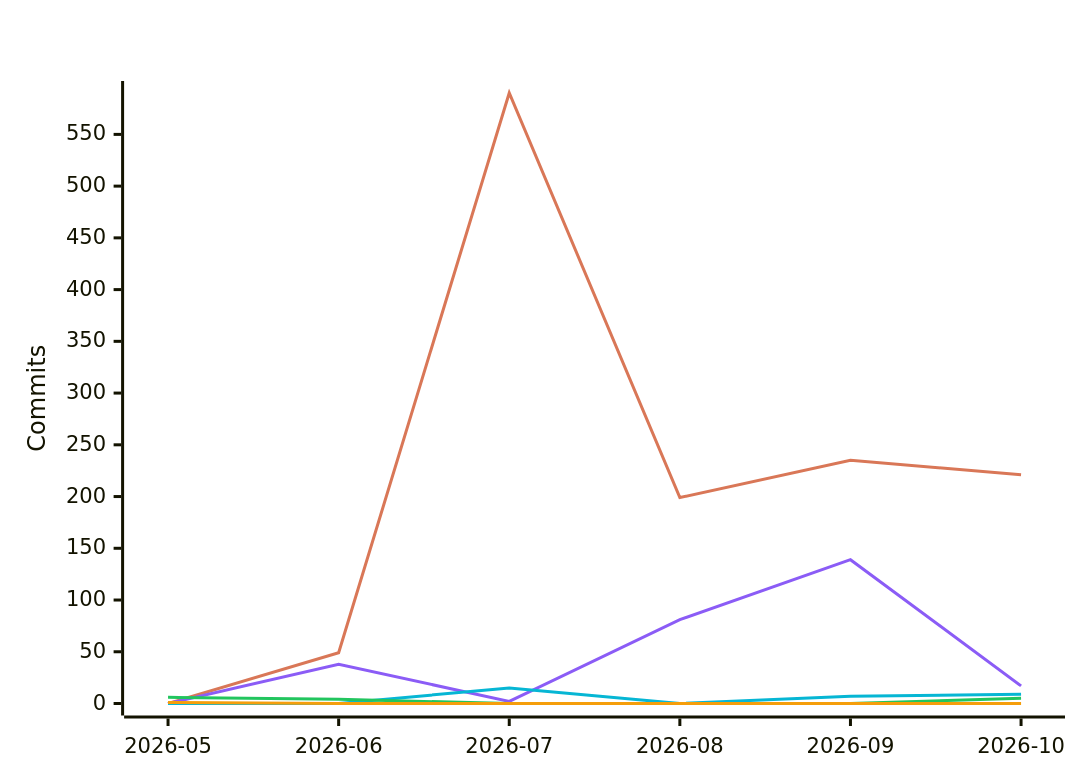
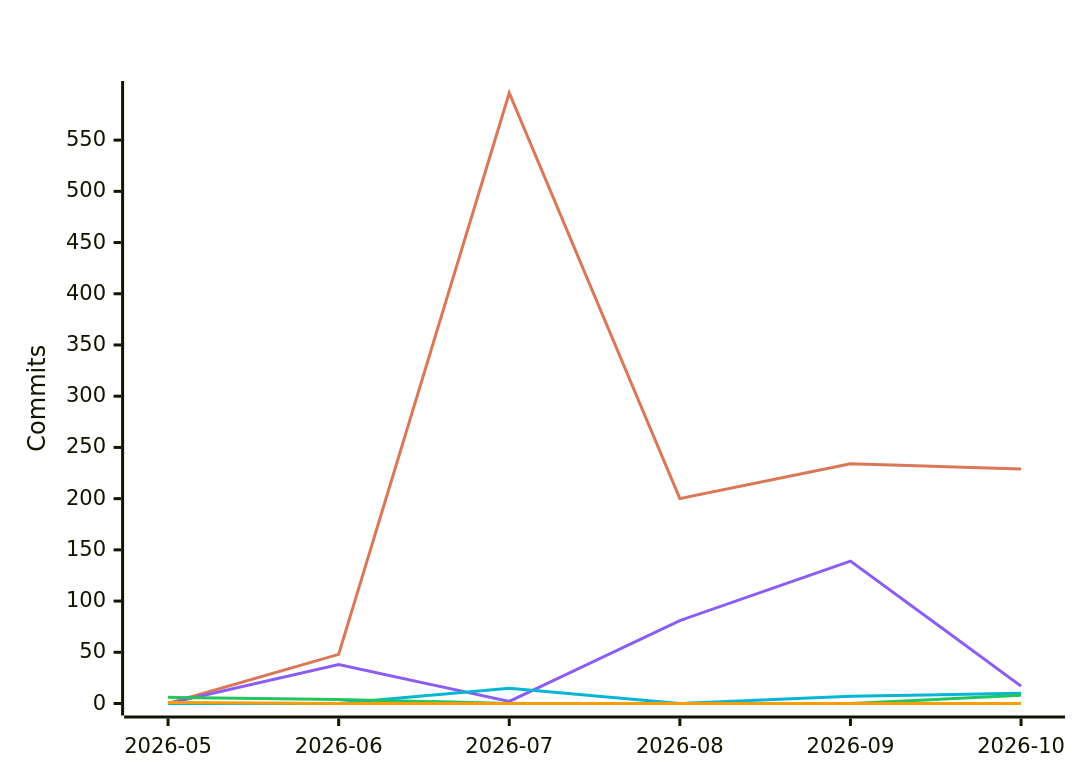
Before and after one commit to polo-nyan/polo-nyan: the fifth of 7 diagrams in README.md, drawn with Mermaid. The commit also changed other lines of this file and 1 other file, not shown here.

````diff
--- a/README.md
+++ b/README.md
@@ -313,12 +313,12 @@
 ```mermaid
 %%{init: {"xyChart": {"titleColor": "#ffffff", "xAxisLabelColor": "#ffffff", "yAxisLabelColor": "#ffffff"}, "themeVariables": {"xyChart": {"titleColor": "#ffffff", "plotColorPalette": "#d97757, #8b5cf6, #06b6d4, #22c55e, #f59e0b, #ec4899"}}}}%%
 xychart-beta
     title "Commits Per Month by Model Family"
     x-axis ["2026-05", "2026-06", "2026-07", "2026-08", "2026-09", "2026-10"]
     y-axis "Commits"
-    line [0, 49, 590, 199, 235, 221]
+    line [0, 48, 596, 200, 234, 229]
     line [0, 38, 2, 81, 139, 17]
-    line [0, 0, 15, 0, 7, 9]
-    line [6, 4, 0, 0, 0, 5]
+    line [0, 0, 15, 0, 7, 10]
+    line [6, 4, 0, 0, 0, 8]
     line [1, 0, 0, 0, 0, 0]
 ```
````
